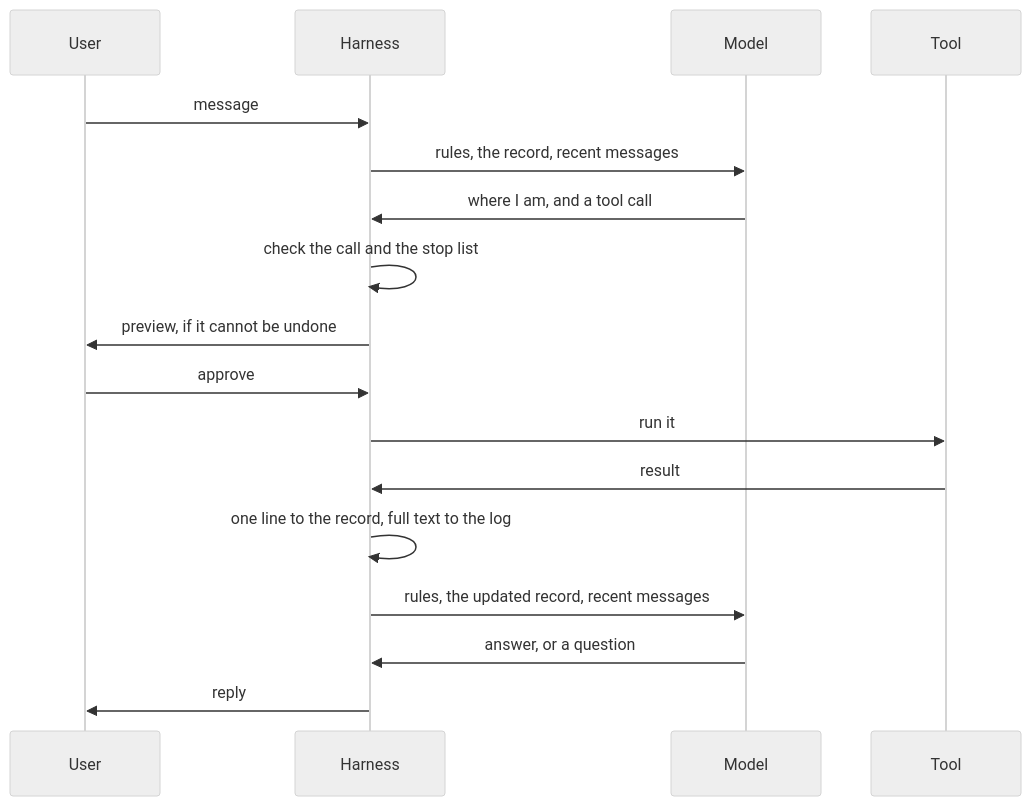
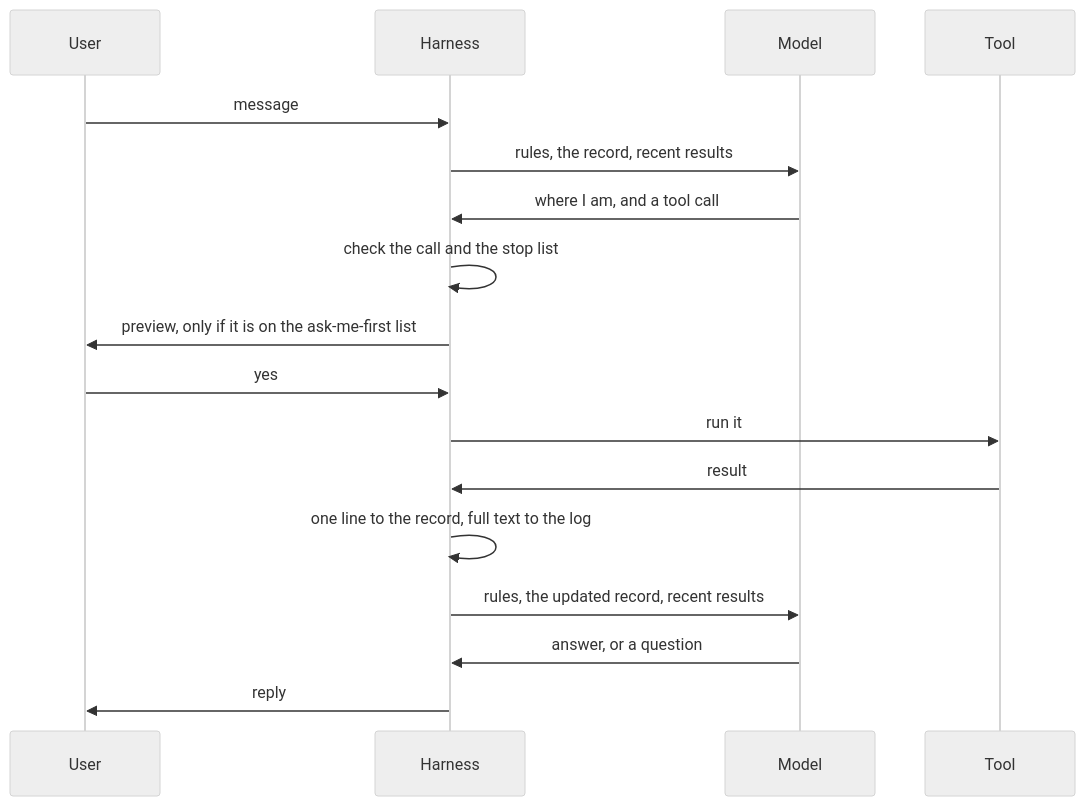
The fifth of 8 diagrams in COEUS.md (JaredTate/nerdgenie), drawn with Mermaid (neutral theme) before and after one commit. The commit also changed other lines of this file and 8 other files, not shown here.

````diff
--- a/COEUS.md
+++ b/COEUS.md
@@ -198,19 +176,19 @@
 ```mermaid
 sequenceDiagram
   participant U as User
   participant H as Harness
   participant M as Model
   participant T as Tool
   U->>H: message
-  H->>M: rules, the record, recent messages
+  H->>M: rules, the record, recent results
   M->>H: where I am, and a tool call
   H->>H: check the call and the stop list
-  H->>U: preview, if it cannot be undone
-  U->>H: approve
+  H->>U: preview, only if it is on the ask-me-first list
+  U->>H: yes
   H->>T: run it
   T->>H: result
   H->>H: one line to the record, full text to the log
-  H->>M: rules, the updated record, recent messages
+  H->>M: rules, the updated record, recent results
   M->>H: answer, or a question
   H->>U: reply
 ```
````
